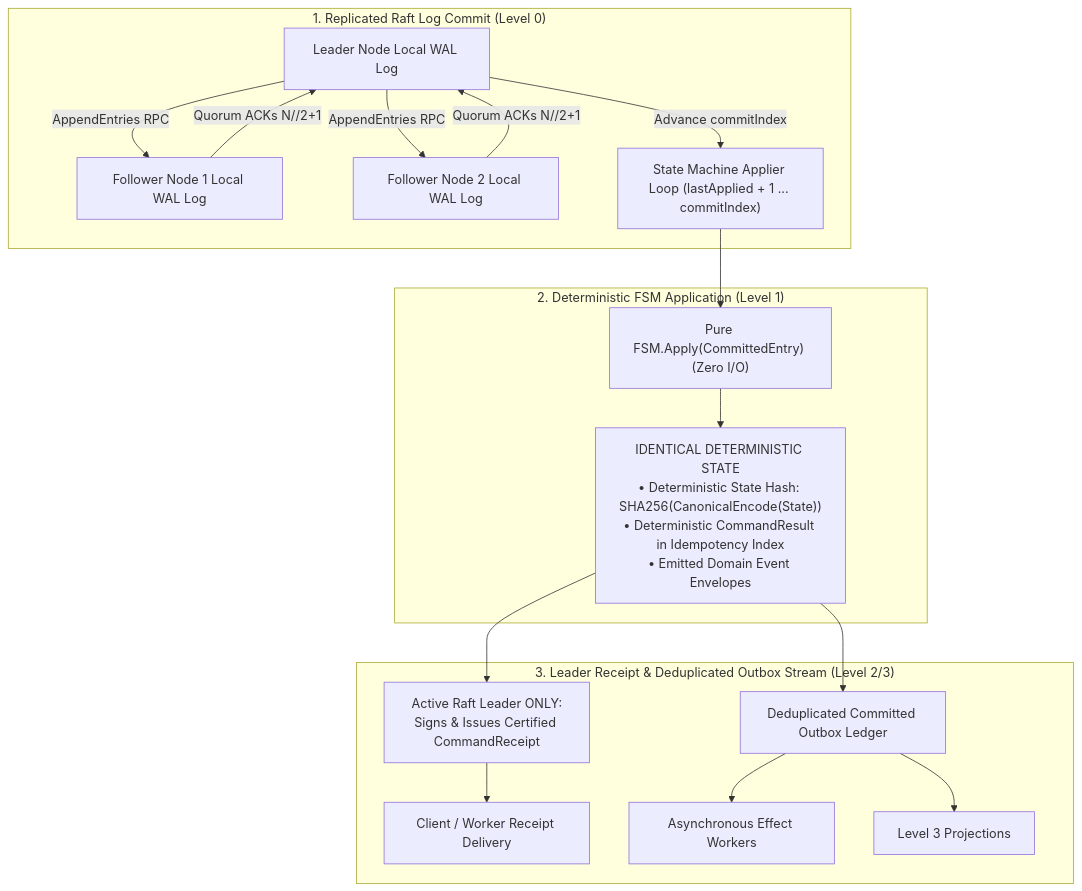
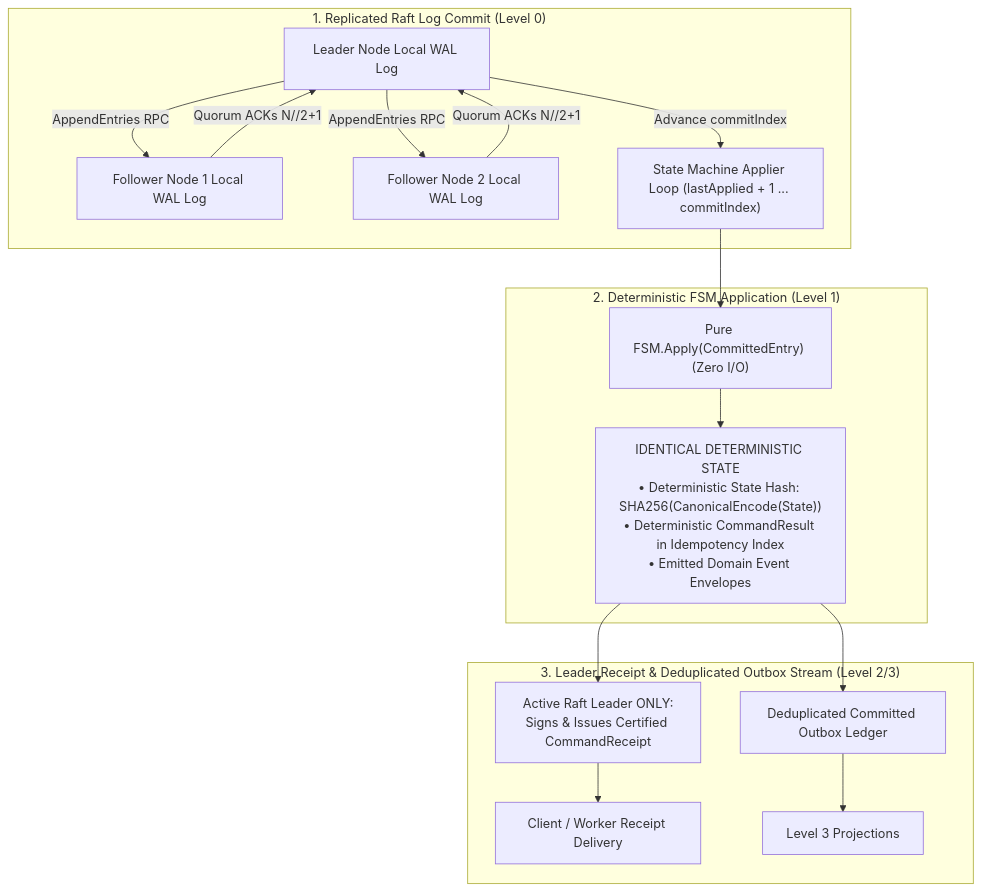
Before and after one commit to AviralGup7/Singularity-Zero: the diagram in docs/architecture.md, drawn with Mermaid. The commit also changed other lines of this file and 4 other files, not shown here.

````diff
--- a/docs/architecture.md
+++ b/docs/architecture.md
@@ -94,27 +94,26 @@
 ```mermaid
 graph TD
     subgraph Raft_Consensus_Commit ["1. Replicated Raft Log Commit (Level 0)"]
         LeaderNode["Leader Node Local WAL Log"]
         FollowerNode1["Follower Node 1 Local WAL Log"]
         FollowerNode2["Follower Node 2 Local WAL Log"]
 
         LeaderNode -->|AppendEntries RPC| FollowerNode1
         LeaderNode -->|AppendEntries RPC| FollowerNode2
         FollowerNode1 & FollowerNode2 -->|Quorum ACKs N//2+1| LeaderNode
         LeaderNode -->|Advance commitIndex| ApplierLoop["State Machine Applier Loop (lastApplied + 1 ... commitIndex)"]
     end
 
     subgraph Multi_Replica_FSM ["2. Deterministic FSM Application (Level 1)"]
         ApplierLoop --> FSM_Apply["Pure FSM.Apply(CommittedEntry) (Zero I/O)"]
         FSM_Apply --> IdenticalState["IDENTICAL DETERMINISTIC STATE<br/>• Deterministic State Hash: SHA256(CanonicalEncode(State))<br/>• Deterministic CommandResult in Idempotency Index<br/>• Emitted Domain Event Envelopes"]
     end
 
     subgraph Receipt_And_Outbox ["3. Leader Receipt & Deduplicated Outbox Stream (Level 2/3)"]
         IdenticalState --> LeaderOnlySign["Active Raft Leader ONLY:<br/>Signs & Issues Certified CommandReceipt"]
         LeaderOnlySign --> ClientReceipt["Client / Worker Receipt Delivery"]
         
         IdenticalState --> DeduplicatedStream["Deduplicated Committed Outbox Ledger"]
-        DeduplicatedStream --> EffectWorkers["Asynchronous Effect Workers"]
         DeduplicatedStream --> Level3Proj["Level 3 Projections"]
     end
 ```
````
